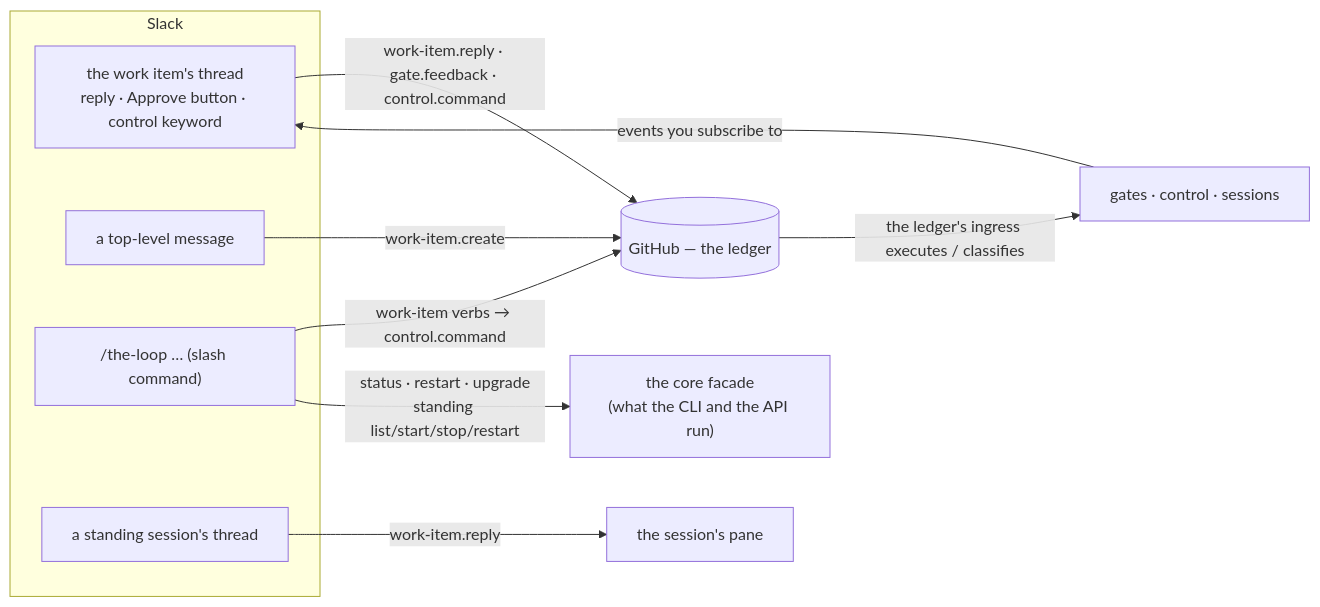
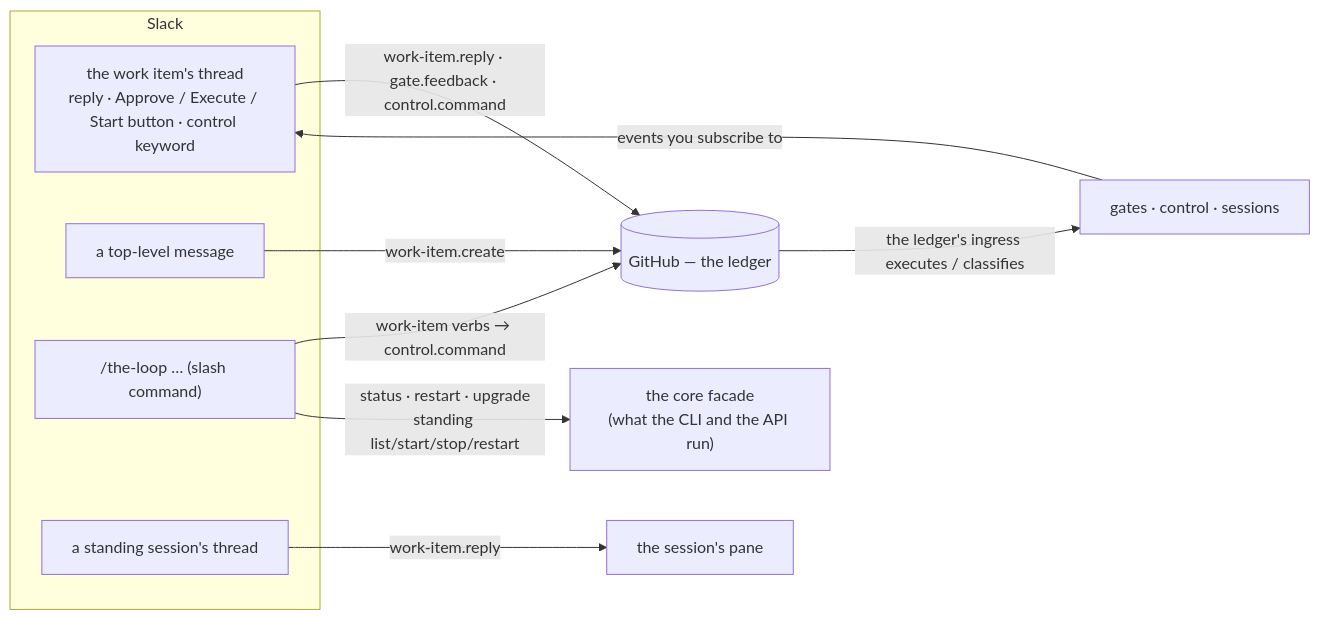
Before and after one commit to MadaraUchiha-314/the-loop: the diagram in docs/guide/slack.md, drawn with Mermaid. The commit also changed other lines of this file and 24 other files, not shown here.

First line of the commit message:
feat(issue-337): Execute and Start buttons on the Slack messages that expect the keyword, the press outcome on the message, and a `channels status` that says how (#342)

````diff
--- a/docs/guide/slack.md
+++ b/docs/guide/slack.md
@@ -12,16 +14,16 @@
 ```mermaid
 flowchart LR
   subgraph slack["Slack"]
-    TH["the work item's thread<br/>reply · Approve button · control keyword"]
+    TH["the work item's thread<br/>reply · Approve / Execute / Start button · control keyword"]
     TOP["a top-level message"]
     CMD["/the-loop … (slash command)"]
     ST["a standing session's thread"]
   end
   TH -->|"work-item.reply · gate.feedback · control.command"| L[("GitHub — the ledger")]
   TOP -->|"work-item.create"| L
   CMD -->|"work-item verbs → control.command"| L
   CMD -->|"status · restart · upgrade<br/>standing list/start/stop/restart"| CORE["the core facade<br/>(what the CLI and the API run)"]
   ST -->|"work-item.reply"| PANE["the session's pane"]
   L -->|"the ledger's ingress executes / classifies"| LOOP["gates · control · sessions"]
   LOOP -->|"events you subscribe to"| TH
 ```
````
